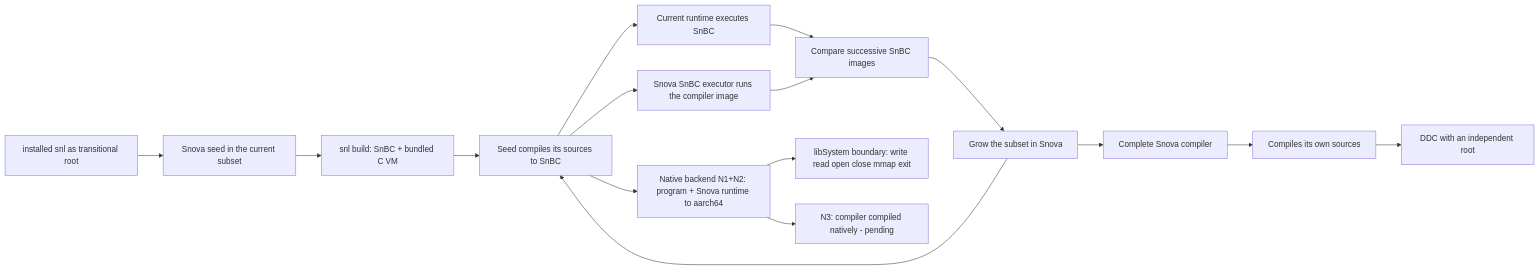
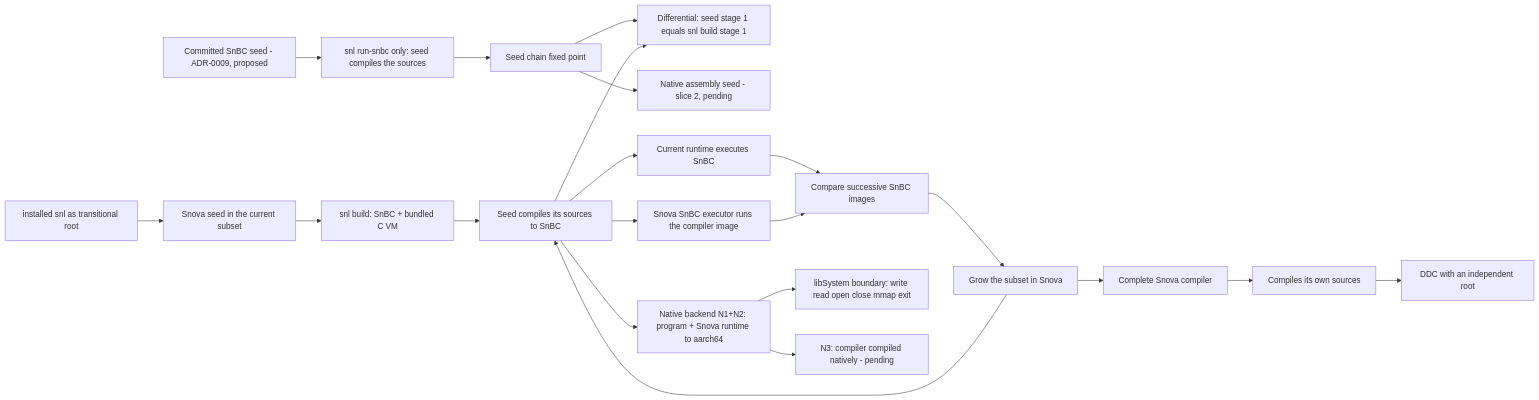
Before and after one commit to moislang/moil: the diagram in docs/diagrams/bootstrap.mmd, drawn with Mermaid. The commit also changed 12 other files, not shown here.

First line of the commit message:
feat(bootstrap): commit SnBC seed for the first stage (ADR-0009 slice 1) (#1)

```diff
--- a/docs/diagrams/bootstrap.mmd
+++ b/docs/diagrams/bootstrap.mmd
@@ -1,16 +1,21 @@
 flowchart LR
   H[installed snl as transitional root] --> K[Snova seed in the current subset]
+  SEED[Committed SnBC seed - ADR-0009, proposed] --> RS[snl run-snbc only: seed compiles the sources]
+  RS --> SFP[Seed chain fixed point]
+  SFP --> DIFF[Differential: seed stage 1 equals snl build stage 1]
+  C2 --> DIFF
+  SFP --> NSEED[Native assembly seed - slice 2, pending]
   K --> C1[snl build: SnBC + bundled C VM]
   C1 --> C2[Seed compiles its sources to SnBC]
   C2 --> R[Current runtime executes SnBC]
   R --> FP[Compare successive SnBC images]
   C2 --> VM[Snova SnBC executor runs the compiler image]
   VM --> FP
   C2 --> NAT[Native backend N1+N2: program + Snova runtime to aarch64]
   NAT --> LS[libSystem boundary: write read open close mmap exit]
   NAT --> N3[N3: compiler compiled natively - pending]
   FP --> C3[Grow the subset in Snova]
   C3 --> C2
   C3 --> CN[Complete Snova compiler]
   CN --> SELF[Compiles its own sources]
   SELF --> DDC[DDC with an independent root]
```
